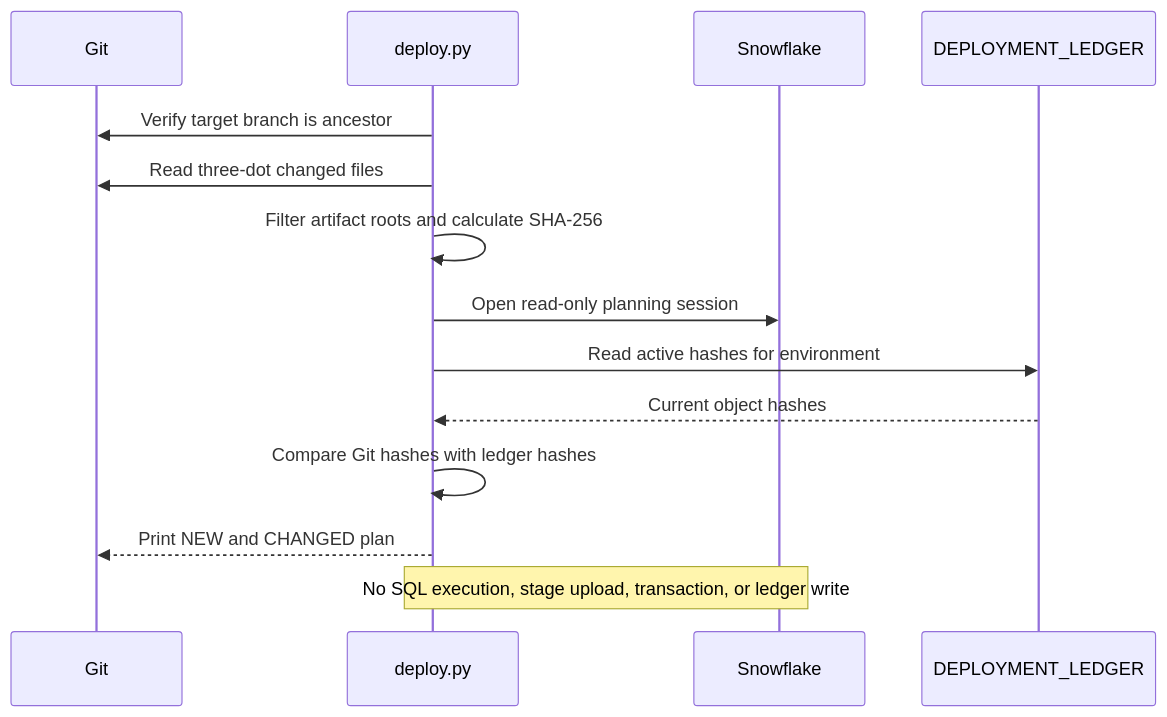
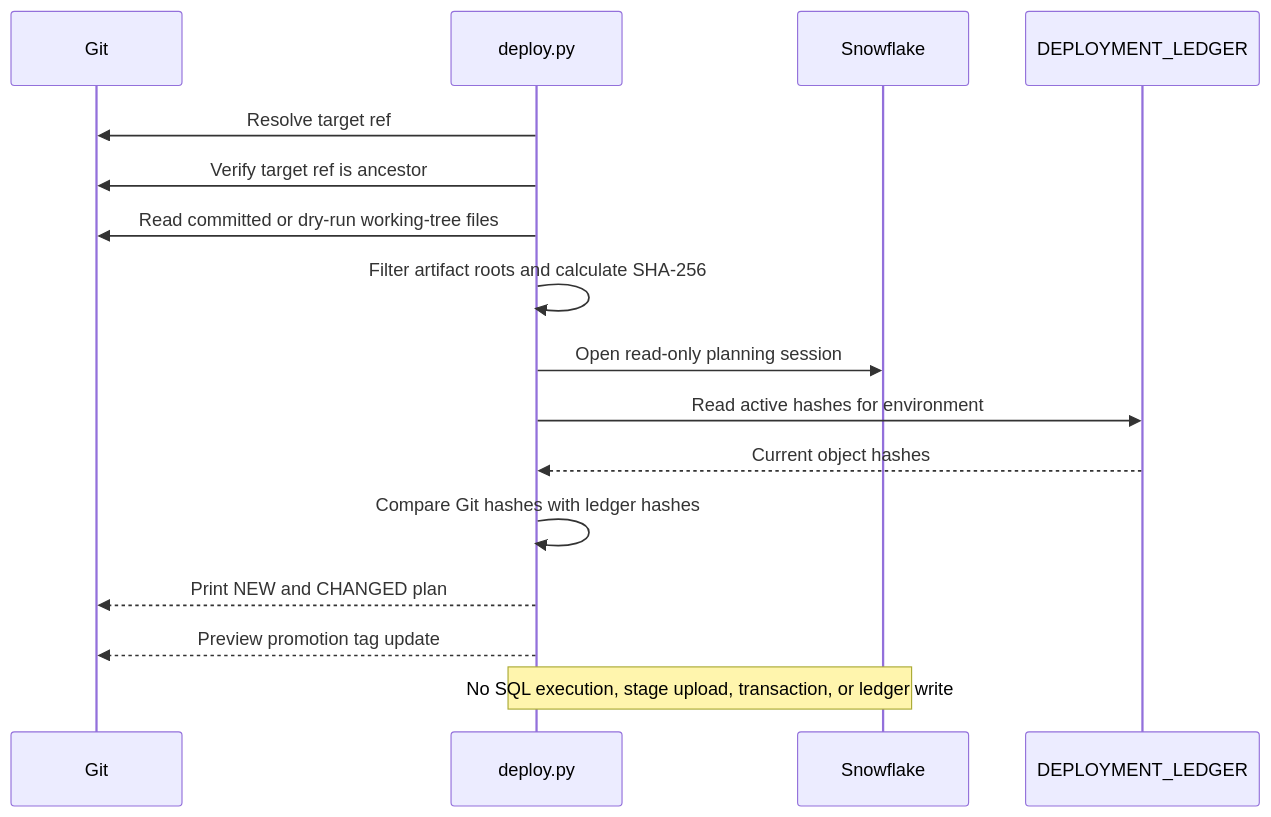
One commit to BasantNailwal/snowflake-dwh-pipelines changed the fifth of 10 diagrams in DEPLOYMENT_FLOW.md. Above: the diagram before and after it, drawn with Mermaid. The commit also changed other lines of this file and 1 other file, not shown here.

````diff
--- a/DEPLOYMENT_FLOW.md
+++ b/DEPLOYMENT_FLOW.md
@@ -58,17 +149,19 @@
 ```mermaid
 sequenceDiagram
     participant Git
     participant Engine as deploy.py
     participant SF as Snowflake
     participant Ledger as DEPLOYMENT_LEDGER
 
-    Engine->>Git: Verify target branch is ancestor
-    Engine->>Git: Read three-dot changed files
+    Engine->>Git: Resolve target ref
+    Engine->>Git: Verify target ref is ancestor
+    Engine->>Git: Read committed or dry-run working-tree files
     Engine->>Engine: Filter artifact roots and calculate SHA-256
     Engine->>SF: Open read-only planning session
     Engine->>Ledger: Read active hashes for environment
     Ledger-->>Engine: Current object hashes
     Engine->>Engine: Compare Git hashes with ledger hashes
     Engine-->>Git: Print NEW and CHANGED plan
+    Engine-->>Git: Preview promotion tag update
     Note over Engine,SF: No SQL execution, stage upload, transaction, or ledger write
 ```
````
